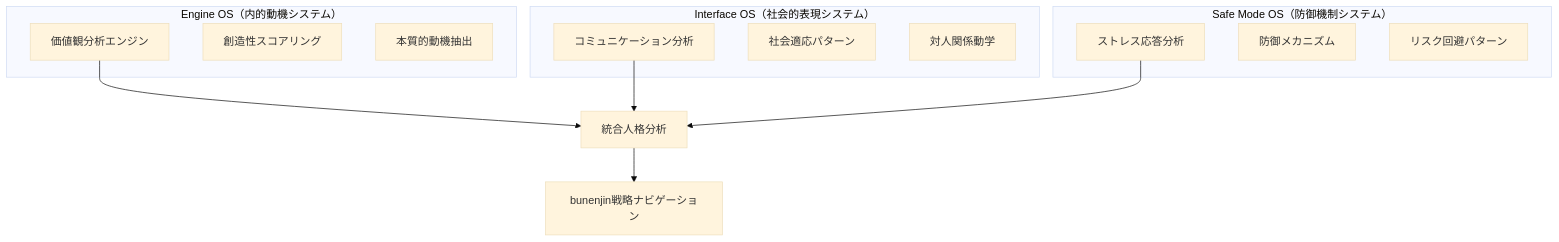
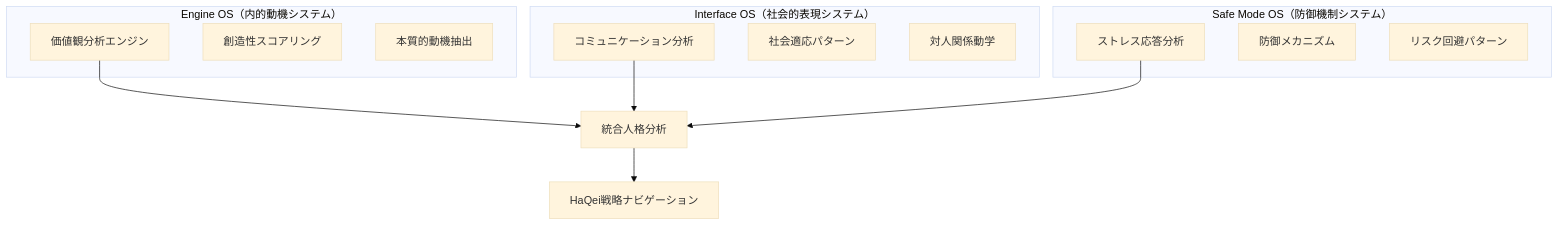
One commit to hidenaka/haqei-analyzer changed the first of 4 diagrams in docs/20250805_HAQEI_OS_ANALYZER_SYSTEM_DESIGN.md. Above: the diagram before and after it, drawn with Mermaid (base theme). The commit also changed other lines of this file and 1060 other files, not shown here.

````diff
--- a/docs/20250805_HAQEI_OS_ANALYZER_SYSTEM_DESIGN.md
+++ b/docs/20250805_HAQEI_OS_ANALYZER_SYSTEM_DESIGN.md
@@ -72,25 +72,25 @@
 ```mermaid
 graph TB
     subgraph "Engine OS（内的動機システム）"
         A1[価値観分析エンジン]
         A2[創造性スコアリング]
         A3[本質的動機抽出]
     end
     
     subgraph "Interface OS（社会的表現システム）"
         B1[コミュニケーション分析]
         B2[社会適応パターン]
         B3[対人関係動学]
     end
     
     subgraph "Safe Mode OS（防御機制システム）"
         C1[ストレス応答分析]
         C2[防御メカニズム]
         C3[リスク回避パターン]
     end
     
     A1 --> D[統合人格分析]
     B1 --> D
     C1 --> D
-    D --> E[bunenjin戦略ナビゲーション]
+    D --> E[HaQei戦略ナビゲーション]
 ```
````
